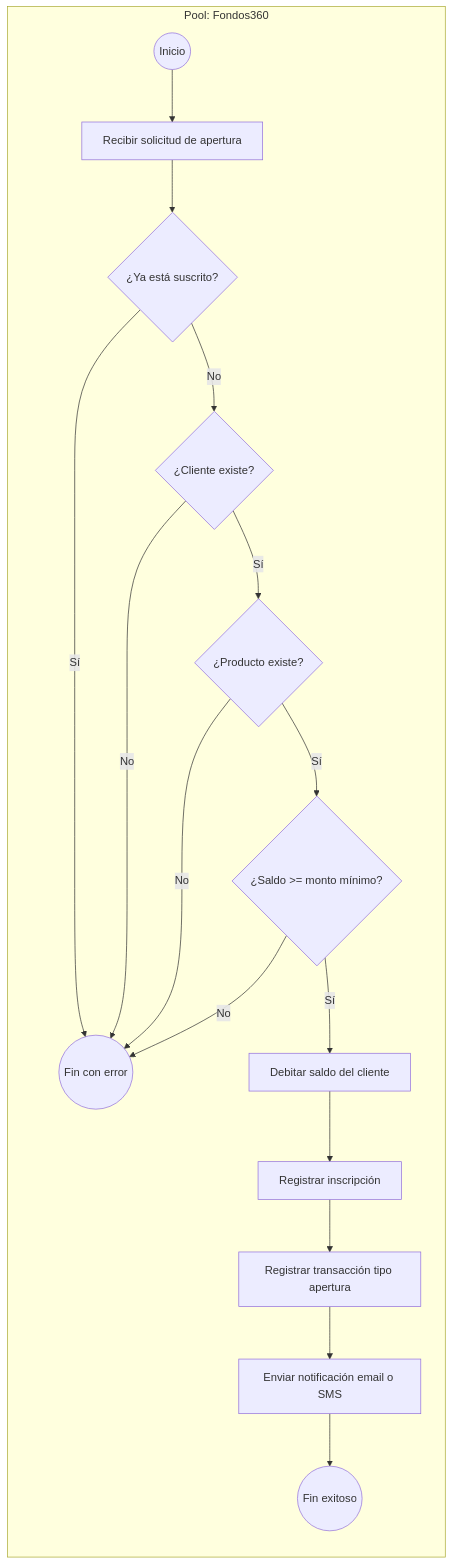
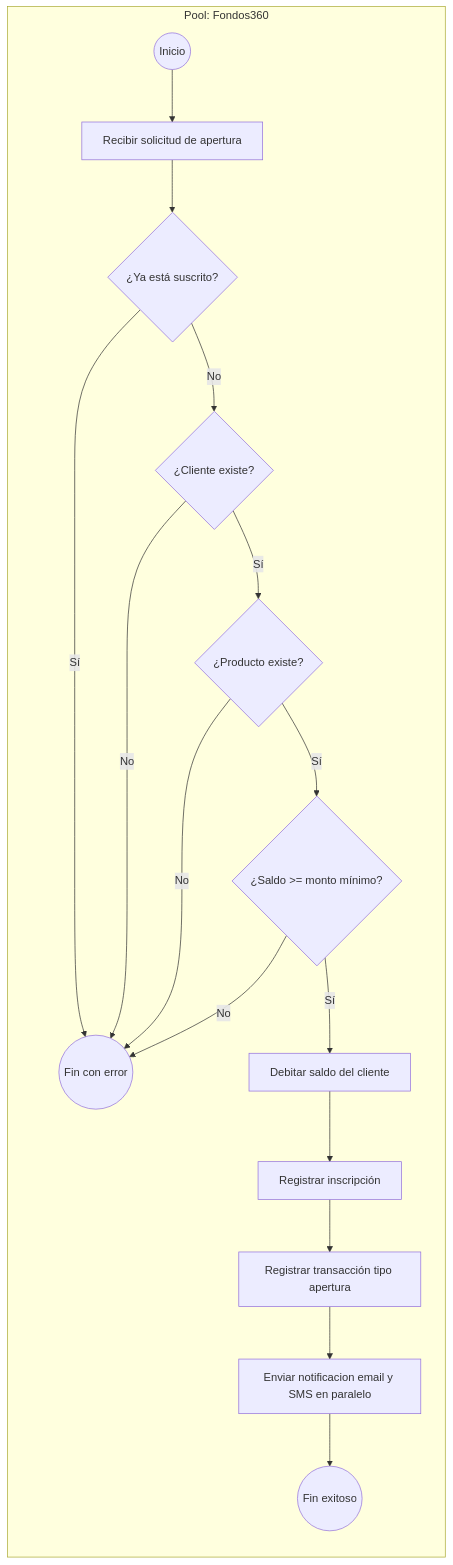
One commit to daancabo97/Api-fondos changed the fourth of 5 diagrams in docs/ARQUITECTURA_FONDOS360.md. Above: the diagram before and after it, drawn with Mermaid. The commit also changed other lines of this file and 28 other files, not shown here.

````diff
--- a/docs/ARQUITECTURA_FONDOS360.md
+++ b/docs/ARQUITECTURA_FONDOS360.md
@@ -182,27 +183,27 @@
 ```mermaid
 flowchart LR
     subgraph Pool["Pool: Fondos360"]
         Start((Inicio))
         T1[Recibir solicitud de apertura]
         G0{¿Ya está suscrito?}
         G1{¿Cliente existe?}
         G2{¿Producto existe?}
         G3{¿Saldo >= monto mínimo?}
         T2[Debitar saldo del cliente]
         T3[Registrar inscripción]
         T4[Registrar transacción tipo apertura]
-        T5[Enviar notificación email o SMS]
+        T5[Enviar notificacion email y SMS en paralelo]
         EndOK((Fin exitoso))
         EndErr((Fin con error))
 
         Start --> T1 --> G0
         G0 -->|Sí| EndErr
         G0 -->|No| G1
         G1 -->|No| EndErr
         G1 -->|Sí| G2
         G2 -->|No| EndErr
         G2 -->|Sí| G3
         G3 -->|No| EndErr
         G3 -->|Sí| T2 --> T3 --> T4 --> T5 --> EndOK
     end
 ```
````
